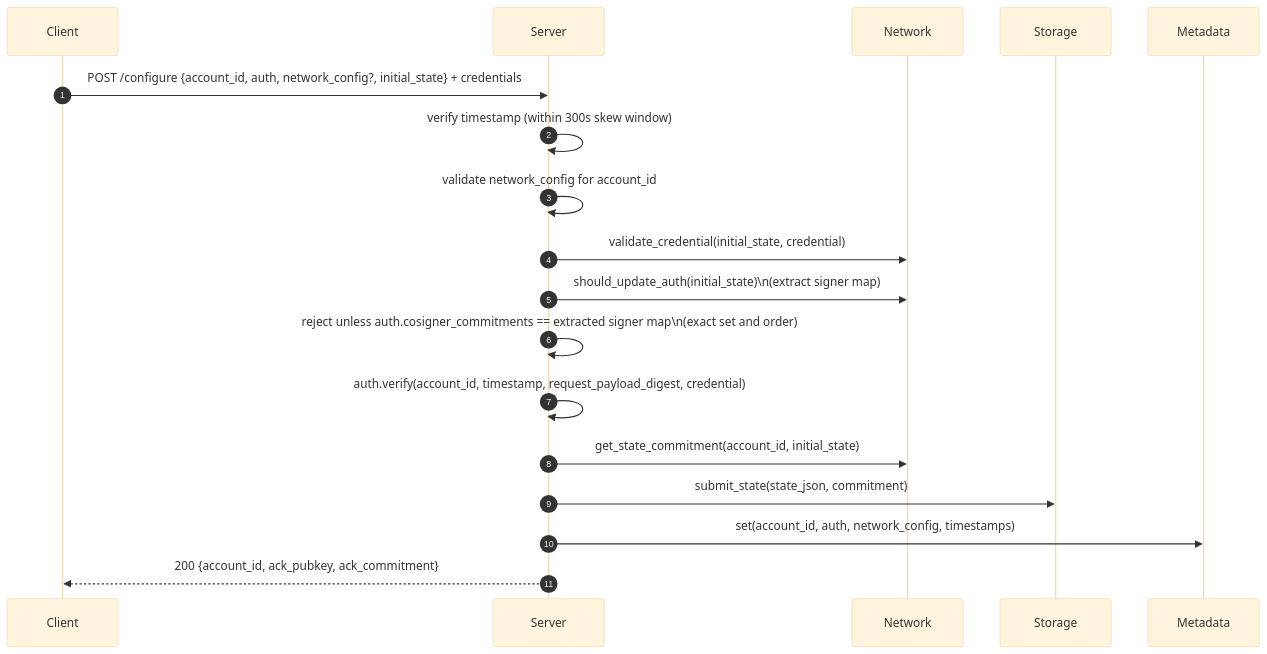
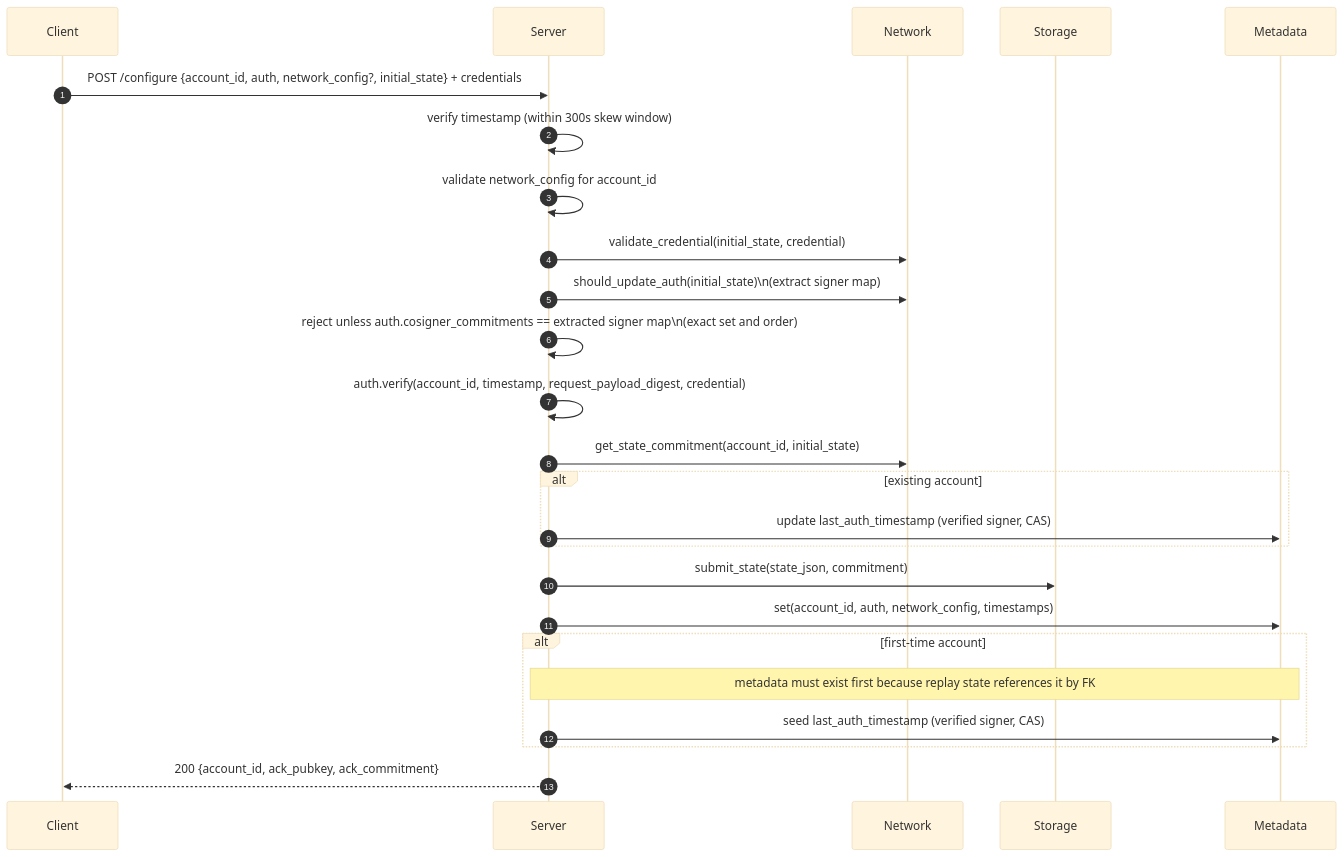
The first of 10 diagrams in spec/processes.md (OpenZeppelin/guardian), drawn with Mermaid (base theme) before and after one commit. The commit also changed other lines of this file and 31 other files, not shown here.

First line of the commit message:
feat(auth): scope replay protection state per signer + retry (#406)

````diff
--- a/spec/processes.md
+++ b/spec/processes.md
@@ -19,20 +19,27 @@
 ```mermaid
 sequenceDiagram
   autonumber
   participant C as Client
   participant S as Server
   participant N as Network
   participant ST as Storage
   participant M as Metadata
   C->>S: POST /configure {account_id, auth, network_config?, initial_state} + credentials
   S->>S: verify timestamp (within 300s skew window)
   S->>S: validate network_config for account_id
   S->>N: validate_credential(initial_state, credential)
   S->>N: should_update_auth(initial_state)\n(extract signer map)
   S->>S: reject unless auth.cosigner_commitments == extracted signer map\n(exact set and order)
   S->>S: auth.verify(account_id, timestamp, request_payload_digest, credential)
   S->>N: get_state_commitment(account_id, initial_state)
+  alt existing account
+    S->>M: update last_auth_timestamp (verified signer, CAS)
+  end
   S->>ST: submit_state(state_json, commitment)
   S->>M: set(account_id, auth, network_config, timestamps)
+  alt first-time account
+    Note over S,M: metadata must exist first because replay state references it by FK
+    S->>M: seed last_auth_timestamp (verified signer, CAS)
+  end
   S-->>C: 200 {account_id, ack_pubkey, ack_commitment}
 ```
````
